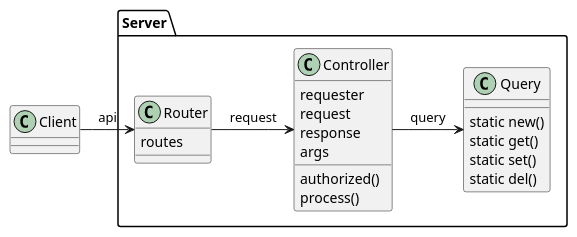
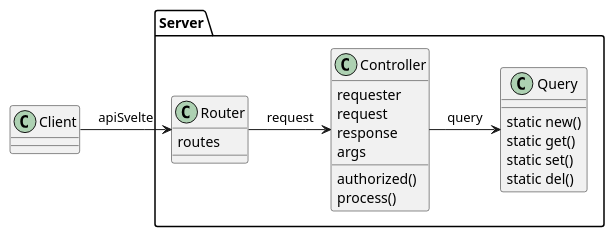
Before and after one commit to RGZuchtbuch/ZBOnline: the second of 2 diagrams in doc/Technical Design.md, drawn with PlantUML. The commit also changed 266 other files, not shown here.

````diff
--- a/doc/Technical Design.md
+++ b/doc/Technical Design.md
@@ -80,28 +80,28 @@
 ```puml
     class Client
     package Server {
         class Router {
             routes
         }
         
         class Controller {
             requester
             request
             response
             args
              
             authorized()
             process()
         }
         class Query {
             static new()
             static get()
             static set()
             static del()
         }
     }
     
-    Client -r-> Router : api
+    Client -r-> Router : apiSvelte
     Router -r-> Controller : request
     Controller -r-> Query : query
 ```
````
